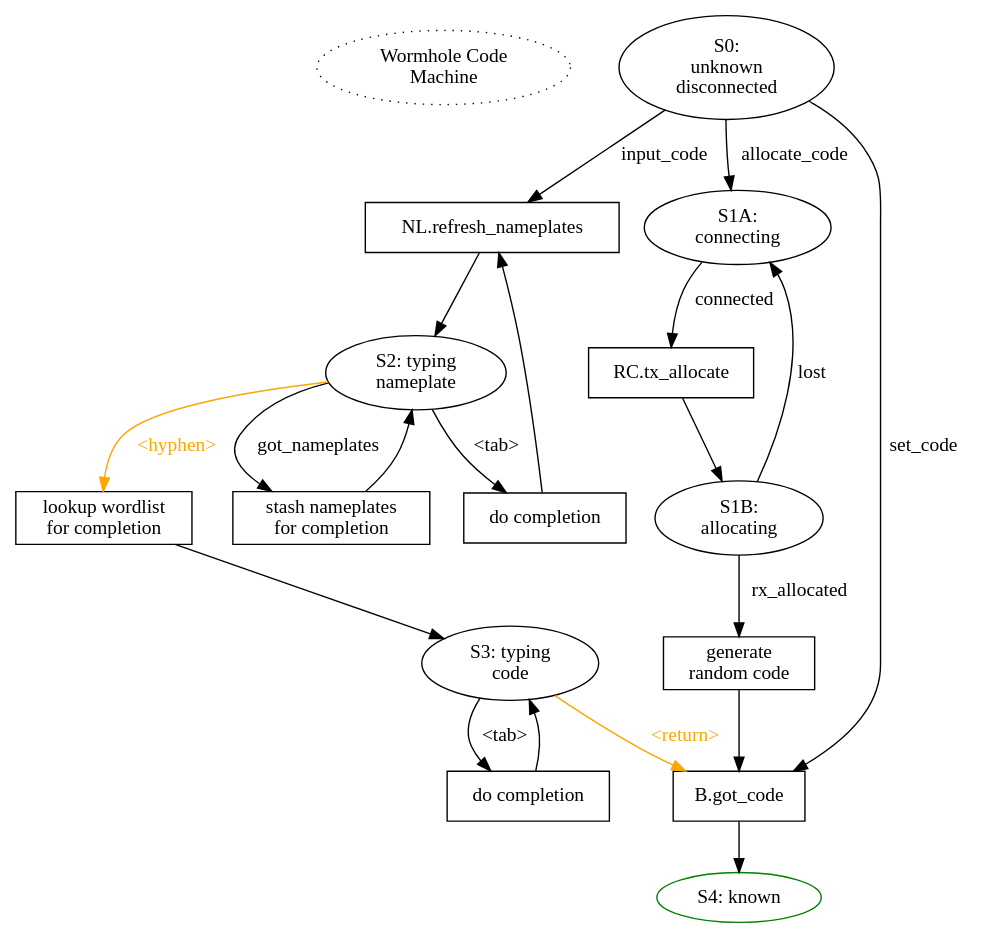
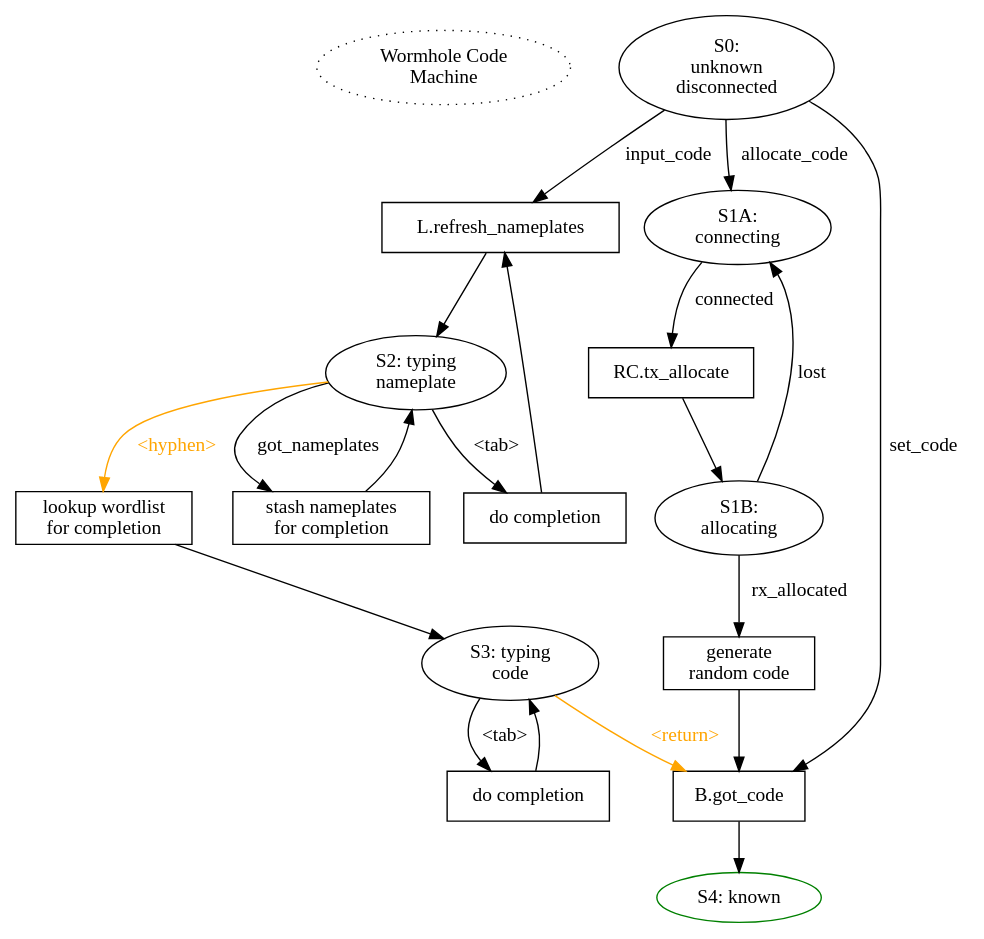
One commit to magic-wormhole/magic-wormhole changed the diagram in docs/state-machines/code.dot. Above: the diagram before and after it, drawn with Graphviz. The commit also changed 9 other files, not shown here.

```diff
--- a/docs/state-machines/code.dot
+++ b/docs/state-machines/code.dot
@@ -1,46 +1,46 @@
 digraph {
 
         start [label="Wormhole Code\nMachine" style="dotted"]
         {rank=same; start S0}
         start -> S0 [style="invis"]
         S0 [label="S0:\nunknown\ndisconnected"]
         S0 -> P0_got_code [label="set_code"]
         P0_got_code [shape="box" label="B.got_code"]
         P0_got_code -> S4
         S4 [label="S4: known" color="green"]
 
         S0 -> P0_list_nameplates [label="input_code"]
         S2 [label="S2: typing\nnameplate"]
 
         S2 -> P2_completion [label="<tab>"]
         P2_completion [shape="box" label="do completion"]
         P2_completion -> P0_list_nameplates
-        P0_list_nameplates [shape="box" label="NL.refresh_nameplates"]
+        P0_list_nameplates [shape="box" label="L.refresh_nameplates"]
         P0_list_nameplates -> S2
 
         S2 -> P2_got_nameplates [label="got_nameplates"]
         P2_got_nameplates [shape="box" label="stash nameplates\nfor completion"]
         P2_got_nameplates -> S2
         S2 -> P2_finish [label="<hyphen>" color="orange" fontcolor="orange"]
         P2_finish [shape="box" label="lookup wordlist\nfor completion"]
         P2_finish -> S3
         S3 [label="S3: typing\ncode"]
         S3 -> P3_completion [label="<tab>"]
         P3_completion [shape="box" label="do completion"]
         P3_completion -> S3
 
         S3 -> P0_got_code [label="<return>"
                            color="orange" fontcolor="orange"]
 
         S0 -> S1A [label="allocate_code"]
         S1A [label="S1A:\nconnecting"]
         S1A -> P1_allocate [label="connected"]
         P1_allocate [shape="box" label="RC.tx_allocate"]
         P1_allocate -> S1B
         S1B [label="S1B:\nallocating"]
         S1B -> P1_generate [label="rx_allocated"]
         S1B -> S1A [label="lost"]
         P1_generate [shape="box" label="generate\nrandom code"]
         P1_generate -> P0_got_code
         
 }
```
